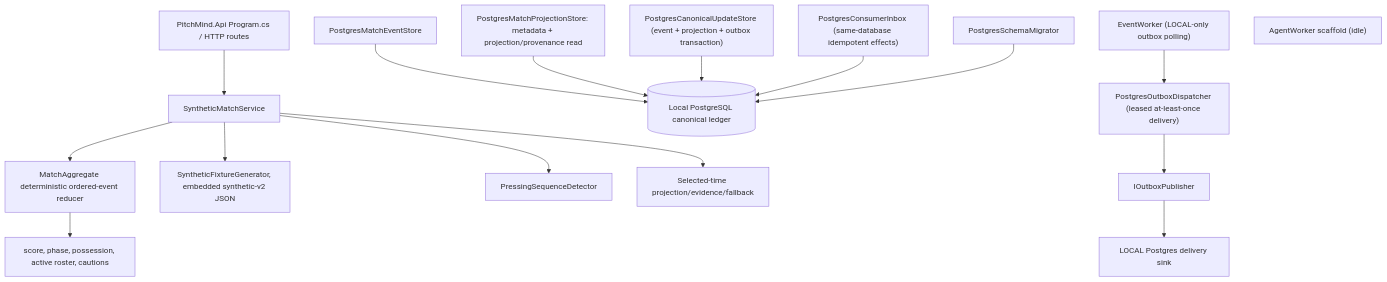
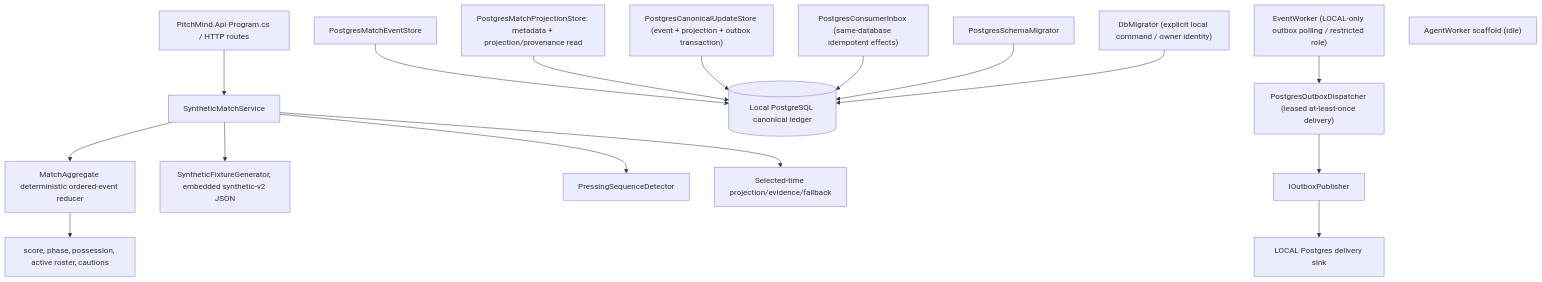
Before and after one commit to prateekgangopadhyay/PitchMind: the first of 2 diagrams in docs/architecture/03-components.md, drawn with Mermaid. The commit also changed other lines of this file and 15 other files, not shown here.

Commit message:
Add explicit LOCAL outbox migration path

````diff
--- a/docs/architecture/03-components.md
+++ b/docs/architecture/03-components.md
@@ -9,17 +9,18 @@
 ```mermaid
 flowchart TB
   API["PitchMind.Api Program.cs / HTTP routes"] --> Match["SyntheticMatchService"]
   Match --> Aggregate["MatchAggregate deterministic ordered-event reducer"]
   Aggregate --> State["score, phase, possession, active roster, cautions"]
   Match --> Fixture["SyntheticFixtureGenerator, embedded synthetic-v2 JSON"]
   Match --> Press["PressingSequenceDetector"]
   Match --> Replay["Selected-time projection/evidence/fallback"]
   Ledger["PostgresMatchEventStore"] --> DB[("Local PostgreSQL canonical ledger")]
   ProjectionRead["PostgresMatchProjectionStore: metadata + projection/provenance read"] --> DB
   CanonicalWrite["PostgresCanonicalUpdateStore (event + projection + outbox transaction)"] --> DB
   Dispatcher["PostgresOutboxDispatcher (leased at-least-once delivery)"] --> Publisher["IOutboxPublisher"] --> LocalSink["LOCAL Postgres delivery sink"]
   Inbox["PostgresConsumerInbox (same-database idempotent effects)"] --> DB
   Migrator["PostgresSchemaMigrator"] --> DB
-  EventWorker["EventWorker (LOCAL-only outbox polling)"] --> Dispatcher
+  EventWorker["EventWorker (LOCAL-only outbox polling / restricted role)"] --> Dispatcher
+  DbMigrator["DbMigrator (explicit local command / owner identity)"] --> DB
   AgentWorker["AgentWorker scaffold (idle)"]
 ```
````
